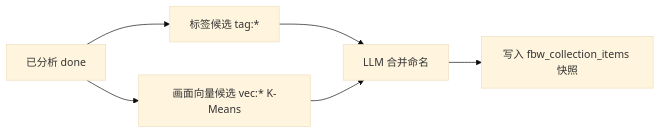
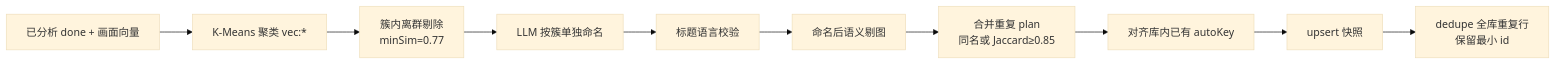
The first of 2 diagrams in docs/temp/ai-collections-ux-and-curate.md (OXOYO/Flying-Bird-Wallpaper), drawn with Mermaid (base theme) before and after one commit. The commit also changed other lines of this file and 33 other files, not shown here.

````diff
--- a/docs/temp/ai-collections-ux-and-curate.md
+++ b/docs/temp/ai-collections-ux-and-curate.md
@@ -24,8 +24,12 @@
 ```mermaid
 flowchart LR
-  A[已分析 done] --> B[标签候选 tag:*]
-  A --> C[画面向量候选 vec:* K-Means]
-  B --> D[LLM 合并命名]
-  C --> D
-  D --> E[写入 fbw_collection_items 快照]
+  A[已分析 done + 画面向量] --> B[K-Means 聚类 vec:*]
+  B --> C[簇内离群剔除<br/>minSim=0.77]
+  C --> D[LLM 按簇单独命名]
+  D --> E[标题语言校验]
+  E --> F[命名后语义剔图]
+  F --> G[合并重复 plan<br/>同名或 Jaccard≥0.85]
+  G --> H[对齐库内已有 autoKey]
+  H --> I[upsert 快照]
+  I --> J[dedupe 全库重复行<br/>保留最小 id]
 ```
````
